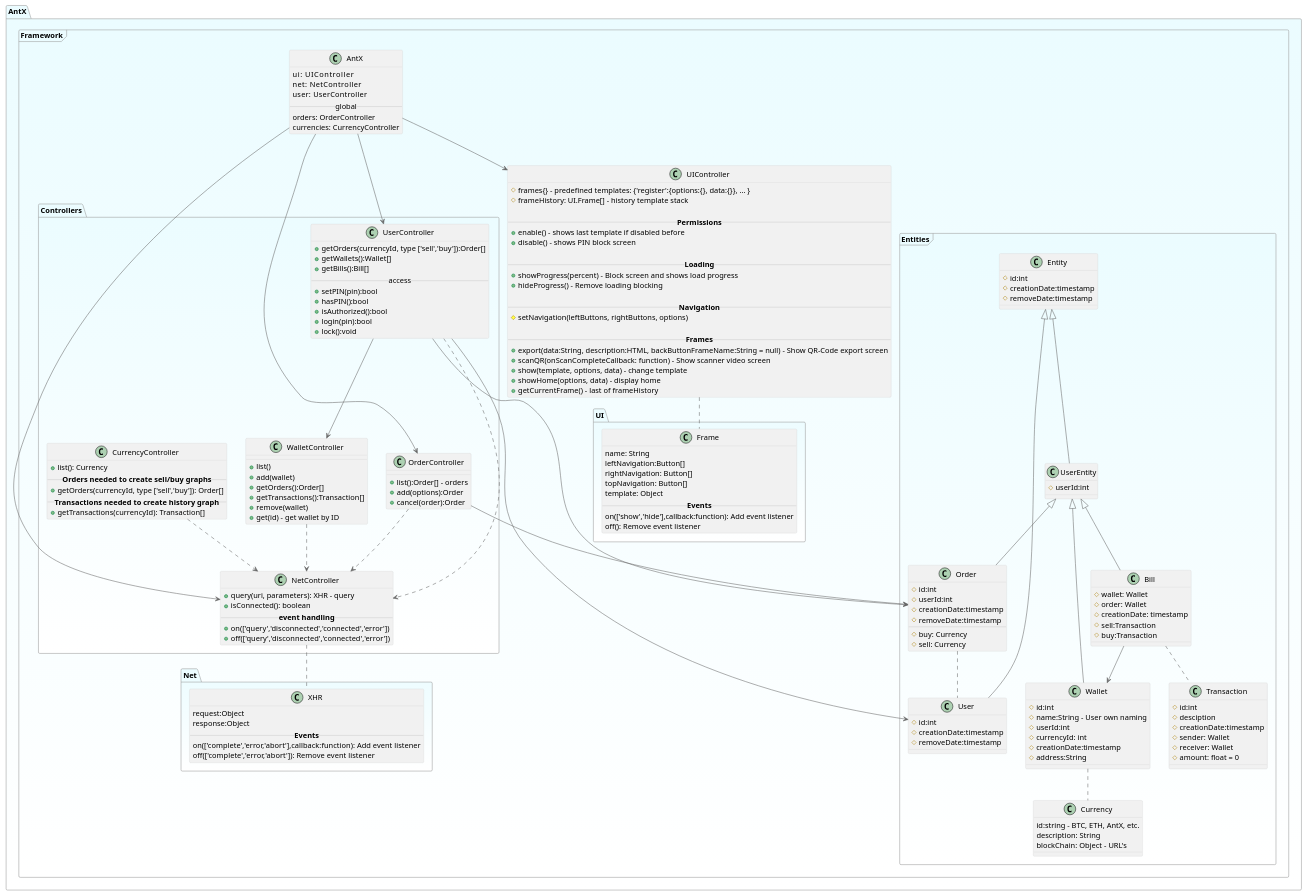
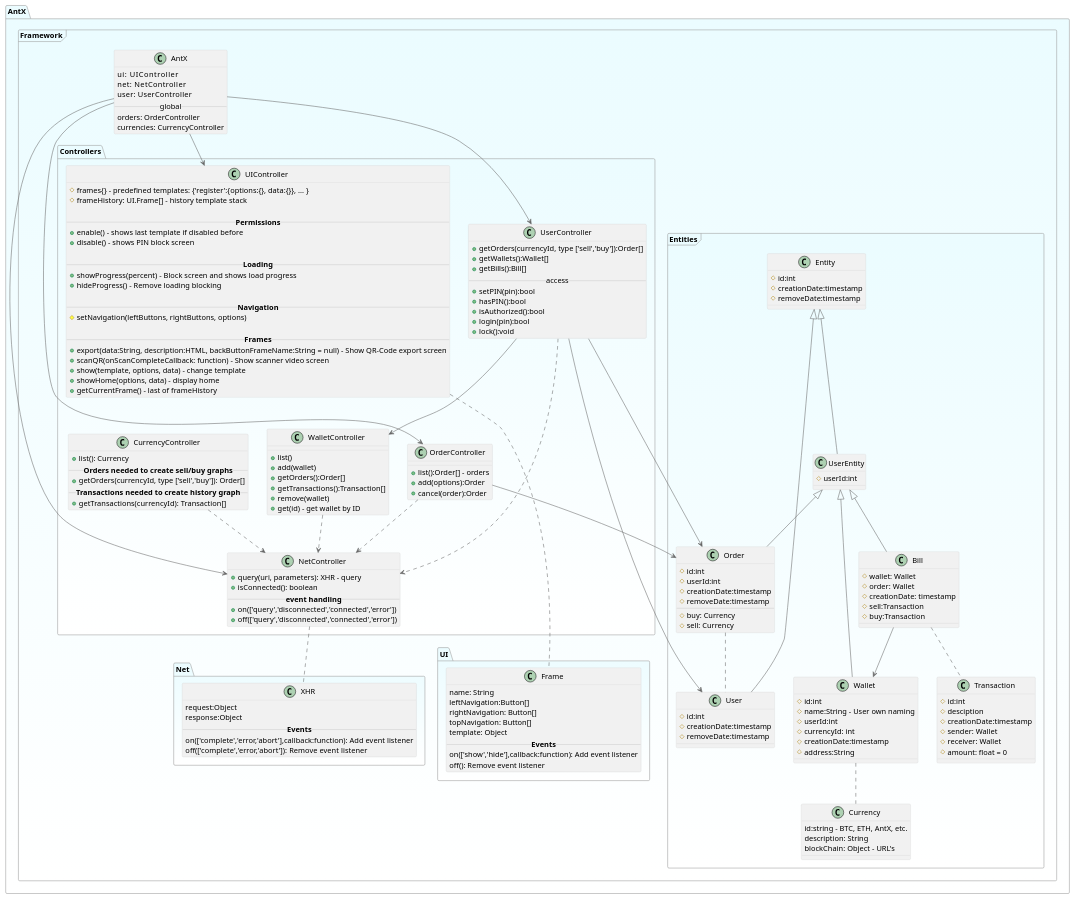
The diagram in docs/front-end.puml (eSlider/antx-frontend), drawn with PlantUML before and after one commit.

Commit message:
Improve front-end.puml

```diff
--- a/docs/front-end.puml
+++ b/docs/front-end.puml
@@ -21,6 +21,21 @@
 
 package AntX.Framework <<Frame>>{
 
+
+ package Net{
+ 
+  class XHR{
+   request:Object
+   response:Object
+   -- <b>Events</b> --
+   on(['complete','error,'abort'],callback:function): Add event listener
+   off(['complete','error,'abort']): Remove event listener
+  }
+  
+ }
+ 
+ package Controllers{
+
   class UIController {
     # frames{} - predefined templates: {'register':{options:{}, data:{}}, ... }
     # frameHistory: UI.Frame[] - history template stack
@@ -43,36 +58,7 @@
     + showHome(options, data) - display home
     + getCurrentFrame() - last of frameHistory
  }
- package Net{
  
-  class XHR{
-   request:Object
-   response:Object
-   -- <b>Events</b> --
-   on(['complete','error,'abort'],callback:function): Add event listener
-   off(['complete','error,'abort']): Remove event listener
-  }
-  
- }
- 
- package UI{
-  class Frame{
-   name: String
-   leftNavigation:Button[]
-   rightNavigation: Button[]
-   topNavigation: Button[]
-   template: Object
-   -- <b>Events</b> --
-   on(['show','hide'],callback:function): Add event listener
-   off(): Remove event listener
-  }
- }
- 
-
-
-UIController .. Frame
-package Controllers{
-
  class UserController{
     + getOrders(currencyId, type ['sell','buy']):Order[]
     + getWallets():Wallet[]
@@ -118,8 +104,8 @@
    -- <b>Transactions needed to create history graph --
    + getTransactions(currencyId): Transaction[]
   }
- 
-}
+  
+ }
  
  package Entities <<Frame>>{
   class Entity{
@@ -190,6 +176,19 @@
    UserController --> Order
  }
  
+  package UI{
+   class Frame{
+    name: String
+    leftNavigation:Button[]
+    rightNavigation: Button[]
+    topNavigation: Button[]
+    template: Object
+    -- <b>Events</b> --
+    on(['show','hide'],callback:function): Add event listener
+    off(): Remove event listener
+   }
+  }
+ 
 
  
  CurrencyController ..> NetController
@@ -211,7 +210,8 @@
  AntX --> OrderController
  AntX --> UserController
  AntX --> NetController
- 
+ UIController .... Frame
+
 }
 
 
```
